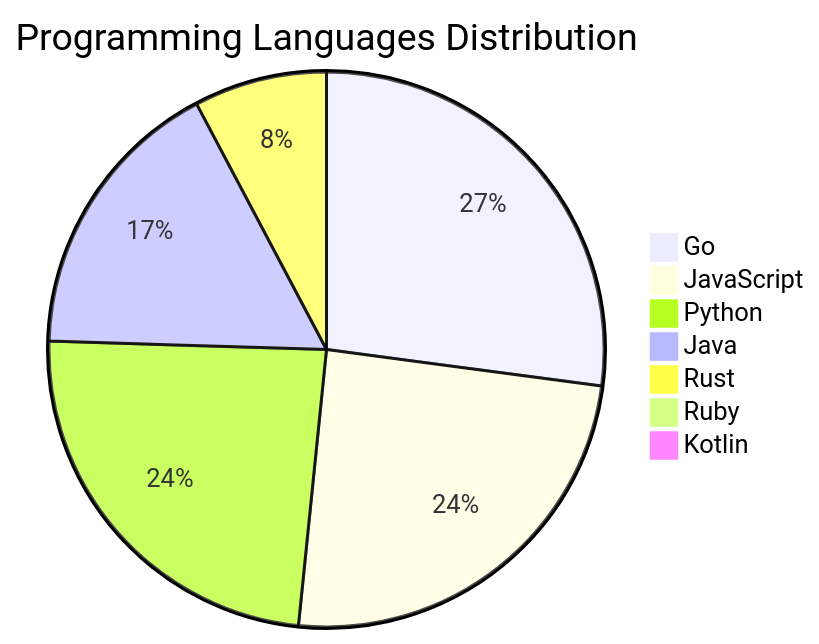
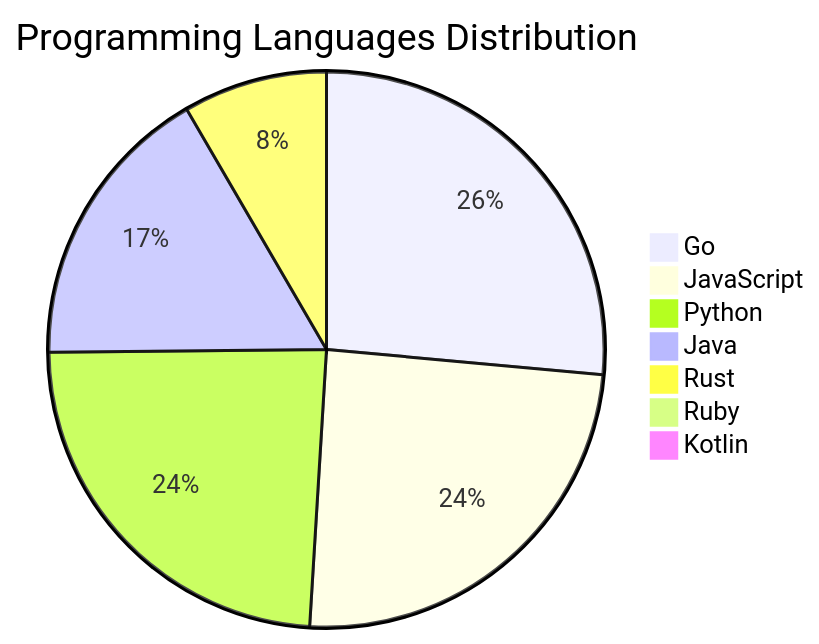
Before and after one commit to Derrick-MUGISHA/github-activity-bot: the diagram in README.md, drawn with Mermaid. The commit also changed other lines of this file and 4 other files, not shown here.

````diff
--- a/README.md
+++ b/README.md
@@ -213,10 +213,10 @@
 ```mermaid
 pie title Programming Languages Distribution
-    "Go" : 42
+    "Go" : 41
     "JavaScript" : 38
     "Python" : 37
     "Java" : 26
-    "Rust" : 12
+    "Rust" : 13
     "Ruby" : 1
     "Kotlin" : 1
 ```
````
